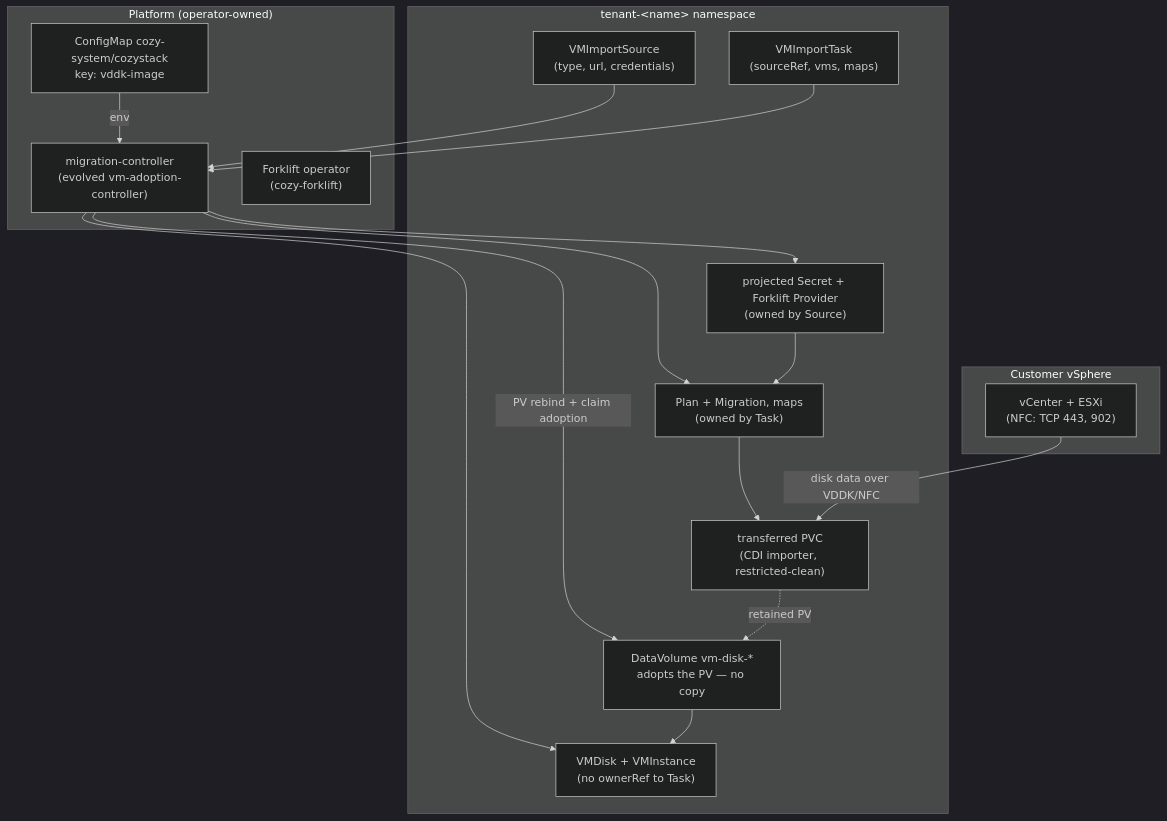
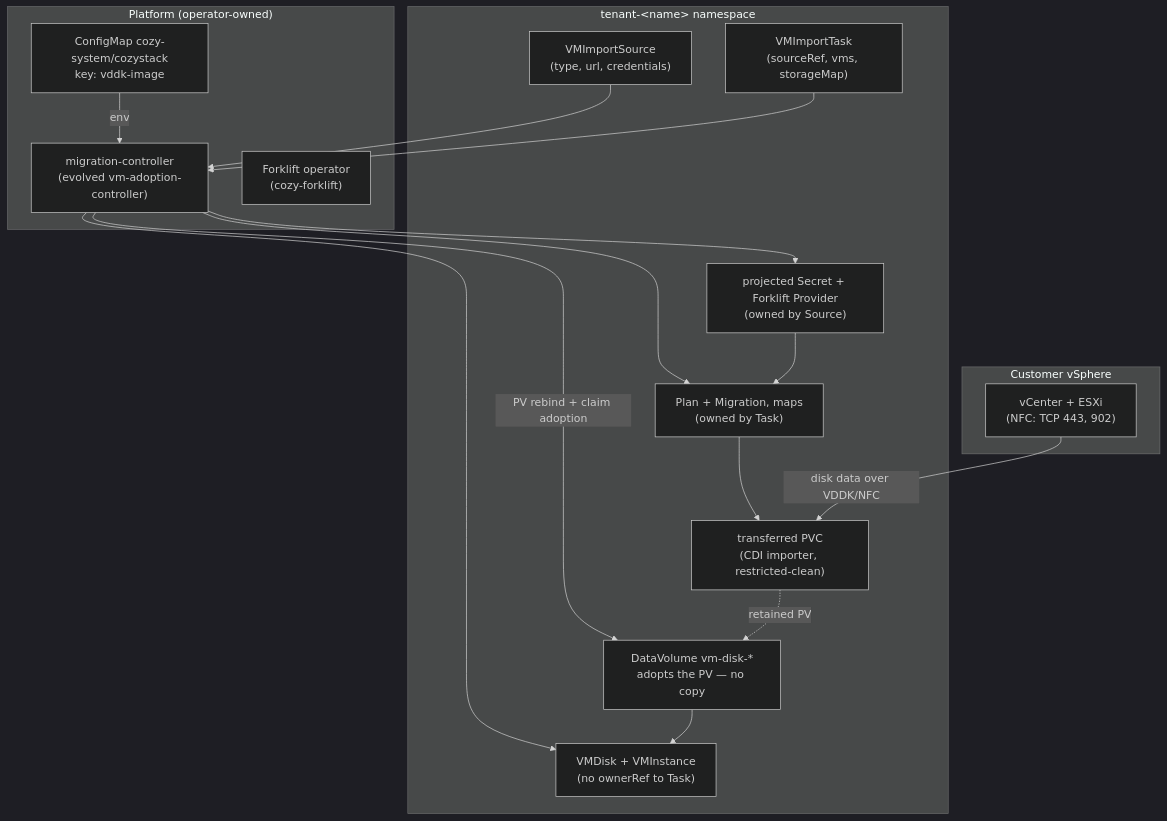
The diagram in design-proposals/vm-import/README.md (cozystack/community), drawn with Mermaid (dark theme) before and after one commit. The commit also changed other lines of this file, not shown here.

First line of the commit message:
design-proposals/vm-import: drop networkMap from the v1 tenant API

````diff
--- a/design-proposals/vm-import/README.md
+++ b/design-proposals/vm-import/README.md
@@ -128,32 +125,32 @@
 ```mermaid
 flowchart TB
   subgraph vmware["Customer vSphere"]
     VC["vCenter + ESXi<br/>(NFC: TCP 443, 902)"]
   end
   subgraph platform["Platform (operator-owned)"]
     CM["ConfigMap cozy-system/cozystack<br/>key: vddk-image"]
     CTRL["migration-controller<br/>(evolved vm-adoption-controller)"]
     FK["Forklift operator<br/>(cozy-forklift)"]
   end
   subgraph tenant["tenant-&lt;name&gt; namespace"]
     SRC["VMImportSource<br/>(type, url, credentials)"]
     SEC["projected Secret + Forklift Provider<br/>(owned by Source)"]
-    TASK["VMImportTask<br/>(sourceRef, vms, maps)"]
+    TASK["VMImportTask<br/>(sourceRef, vms, storageMap)"]
     PLAN["Plan + Migration, maps<br/>(owned by Task)"]
     PVC["transferred PVC<br/>(CDI importer, restricted-clean)"]
     DV["DataVolume vm-disk-*<br/>adopts the PV — no copy"]
     OUT["VMDisk + VMInstance<br/>(no ownerRef to Task)"]
   end
   CM -->|"env"| CTRL
   SRC --> CTRL
   CTRL --> SEC
   TASK --> CTRL
   CTRL --> PLAN
   SEC --> PLAN
   VC -->|"disk data over VDDK/NFC"| PVC
   PLAN --> PVC
   CTRL -->|"PV rebind + claim adoption"| DV
   PVC -.->|"retained PV"| DV
   CTRL --> OUT
   DV --> OUT
 ```
````
